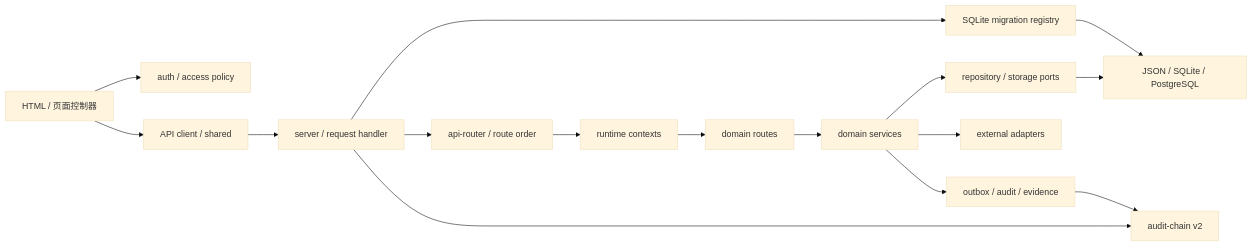
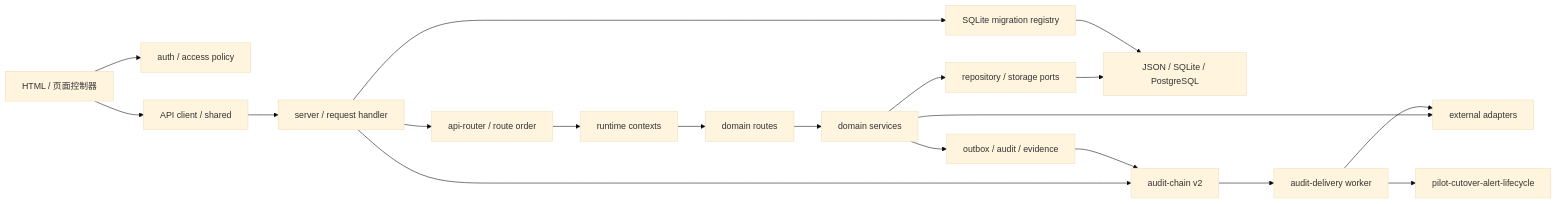
One commit to xujiann/chronic-care-platform changed the diagram in DEPENDENCY_MAP.md. Above: the diagram before and after it, drawn with Mermaid (base theme). The commit also changed 8 other files, not shown here.

````diff
--- a/DEPENDENCY_MAP.md
+++ b/DEPENDENCY_MAP.md
@@ -7,18 +7,21 @@
 ```mermaid
 flowchart LR
   UI["HTML / 页面控制器"] --> AUTH["auth / access policy"]
   UI --> CLIENT["API client / shared"]
   CLIENT --> HTTP["server / request handler"]
   HTTP --> ROUTER["api-router / route order"]
   ROUTER --> CTX["runtime contexts"]
   CTX --> ROUTES["domain routes"]
   ROUTES --> DOMAIN["domain services"]
   DOMAIN --> REPO["repository / storage ports"]
   REPO --> STORE["JSON / SQLite / PostgreSQL"]
   HTTP --> MIG["SQLite migration registry"]
   MIG --> STORE
   DOMAIN --> EXT["external adapters"]
   DOMAIN --> EVT["outbox / audit / evidence"]
   HTTP --> AUDIT["audit-chain v2"]
   EVT --> AUDIT
+  AUDIT --> ADEL["audit-delivery worker"]
+  ADEL --> ALERT["pilot-cutover-alert-lifecycle"]
+  ADEL --> EXT
 ```
````
